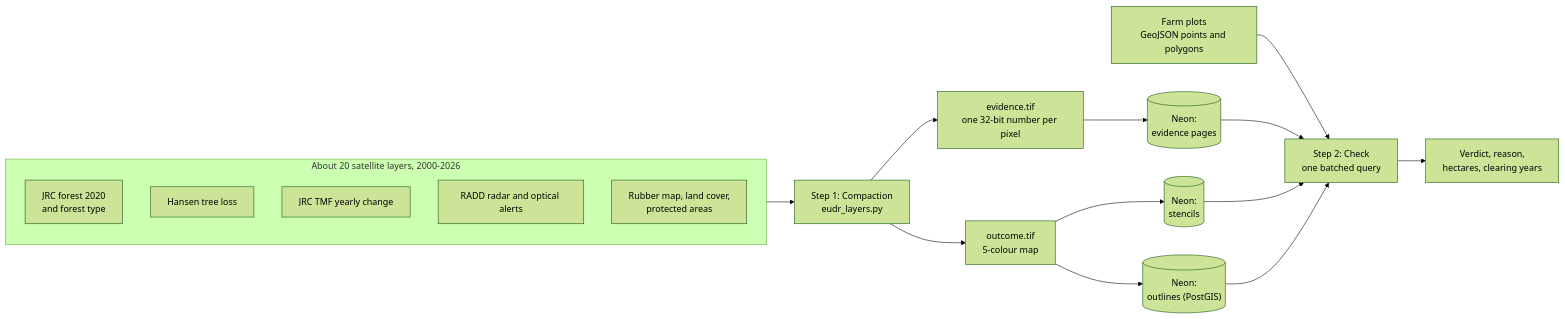
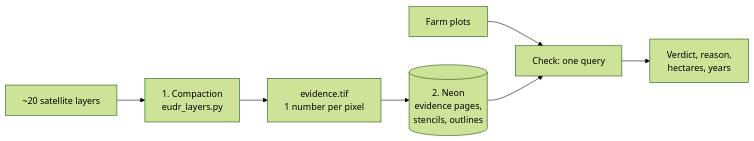
The diagram in README.md (BruhClient/HackNHire-System-Earth), drawn with Mermaid (forest theme) before and after one commit. The commit also changed other lines of this file, not shown here.

````diff
--- a/README.md
+++ b/README.md
@@ -39,24 +13,9 @@
 ```mermaid
 flowchart LR
-    subgraph IN["About 20 satellite layers, 2000-2026"]
-        A1["JRC forest 2020<br/>and forest type"]
-        A2["Hansen tree loss"]
-        A3["JRC TMF yearly change"]
-        A4["RADD radar and optical alerts"]
-        A5["Rubber map, land cover,<br/>protected areas"]
-    end
-
-    IN --> C["Step 1: Compaction<br/>eudr_layers.py"]
-    C --> E["evidence.tif<br/>one 32-bit number per pixel"]
-    C --> O["outcome.tif<br/>5-colour map"]
-
-    E --> N1[("Neon:<br/>evidence pages")]
-    O --> N2[("Neon:<br/>stencils")]
-    O --> N3[("Neon:<br/>outlines (PostGIS)")]
-
-    P["Farm plots<br/>GeoJSON points and polygons"] --> Q["Step 2: Check<br/>one batched query"]
-    N1 --> Q
-    N2 --> Q
-    N3 --> Q
-    Q --> R["Verdict, reason,<br/>hectares, clearing years"]
+    A["~20 satellite layers"] --> B["1. Compaction<br/>eudr_layers.py"]
+    B --> C["evidence.tif<br/>1 number per pixel"]
+    C --> D[("2. Neon<br/>evidence pages,<br/>stencils, outlines")]
+    P["Farm plots"] --> E["Check: one query"]
+    D --> E
+    E --> F["Verdict, reason,<br/>hectares, years"]
 ```
````
